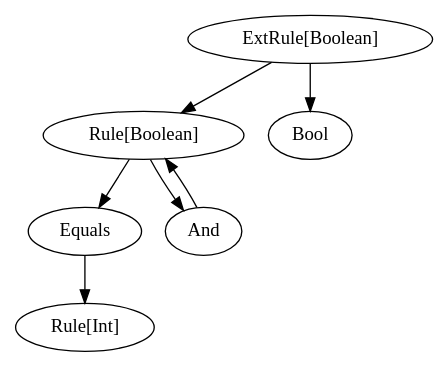
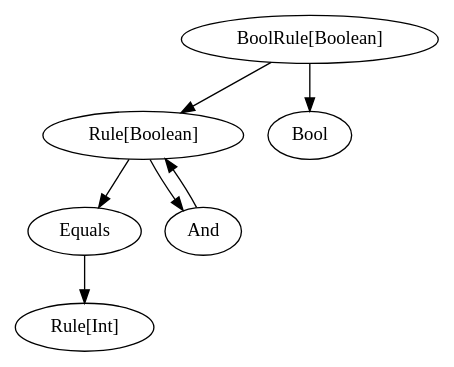
The diagram in src/main/graphviz/deserialise-bug-sink.dot (nrinaudo/dsl-tagless), drawn with Graphviz before and after one commit. The commit also changed 21 other files, not shown here.

Commit message:
Rename ExtRule to BoolRule

```diff
--- a/src/main/graphviz/deserialise-bug-sink.dot
+++ b/src/main/graphviz/deserialise-bug-sink.dot
@@ -1,18 +1,18 @@
 digraph {
     splines=true
 
-    ExtRuleBool[label="ExtRule[Boolean]" class="operator,disabled"]
+    BoolRuleBool[label="BoolRule[Boolean]" class="operator,disabled"]
     RuleBool[label="Rule[Boolean]" class="operator"]
     RuleInt[label="Rule[Int]" class="operator"]
     And
     Equals
     Bool[class="disabled"]
 
-    ExtRuleBool -> RuleBool[class="relies,disabled"]
-    ExtRuleBool -> Bool[class="disabled"]
+    BoolRuleBool -> RuleBool[class="relies,disabled"]
+    BoolRuleBool -> Bool[class="disabled"]
     Equals -> RuleInt[class="relies"]
     RuleBool -> And
     RuleBool -> Equals
     And -> RuleBool[class="relies"]
-    And -> ExtRuleBool[class="relies" style="invis"]
+    And -> BoolRuleBool[class="relies" style="invis"]
 }
```
